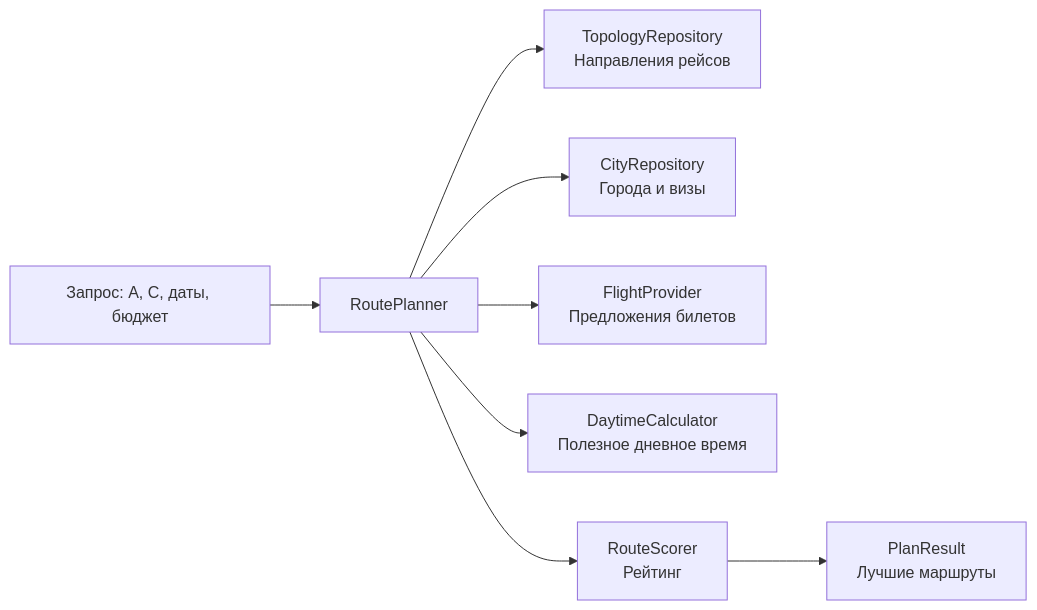
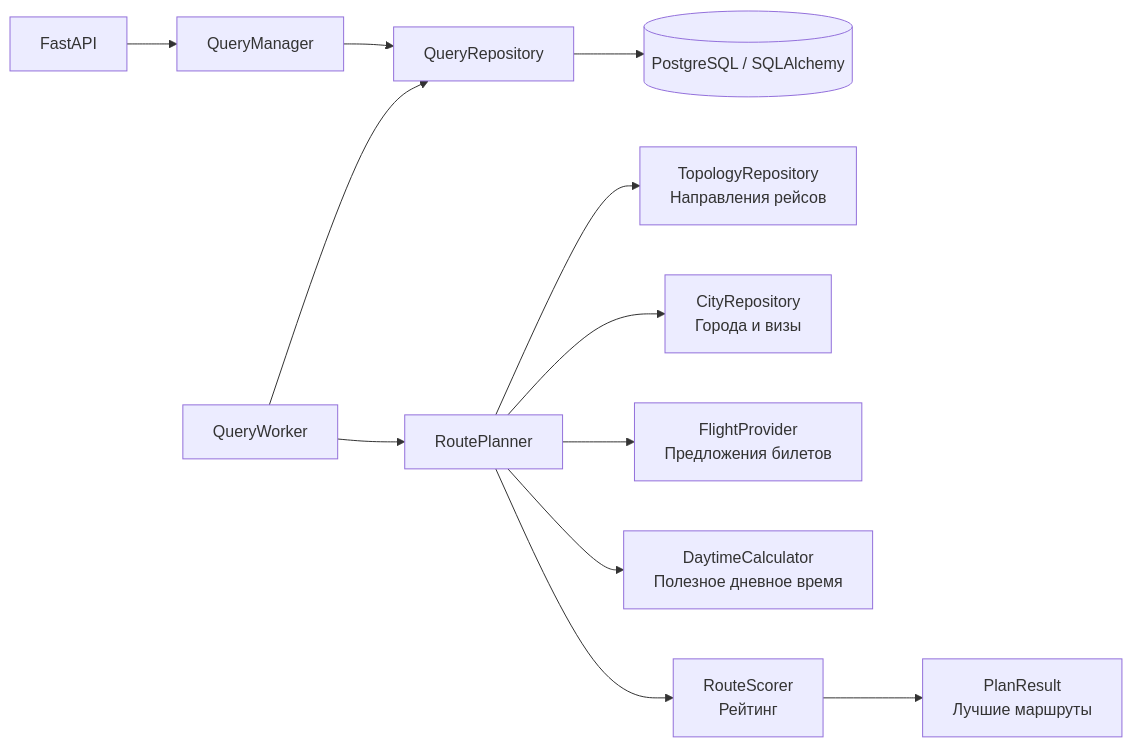
Before and after one commit to UBAS-KurganDev/backend: the diagram in docs/architecture.md, drawn with Mermaid. The commit also changed other lines of this file and 44 other files, not shown here.

Commit message:
Refactor persistence to SQLAlchemy and harden route query processing

````diff
--- a/docs/architecture.md
+++ b/docs/architecture.md
@@ -11,10 +11,14 @@
 ```mermaid
 flowchart LR
-    U[Запрос: A, C, даты, бюджет] --> P[RoutePlanner]
+    U[FastAPI] --> Q[QueryManager]
+    Q --> QR[QueryRepository]
+    QR --> DB[(PostgreSQL / SQLAlchemy)]
+    W[QueryWorker] --> QR
+    W --> P[RoutePlanner]
     P --> T[TopologyRepository\nНаправления рейсов]
     P --> C[CityRepository\nГорода и визы]
     P --> F[FlightProvider\nПредложения билетов]
     P --> D[DaytimeCalculator\nПолезное дневное время]
     P --> S[RouteScorer\nРейтинг]
     S --> R[PlanResult\nЛучшие маршруты]
 ```
````
